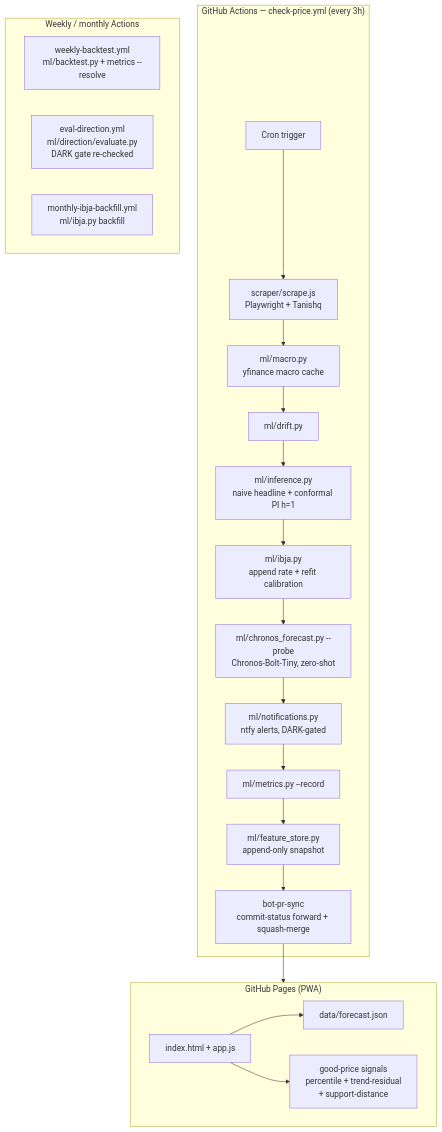
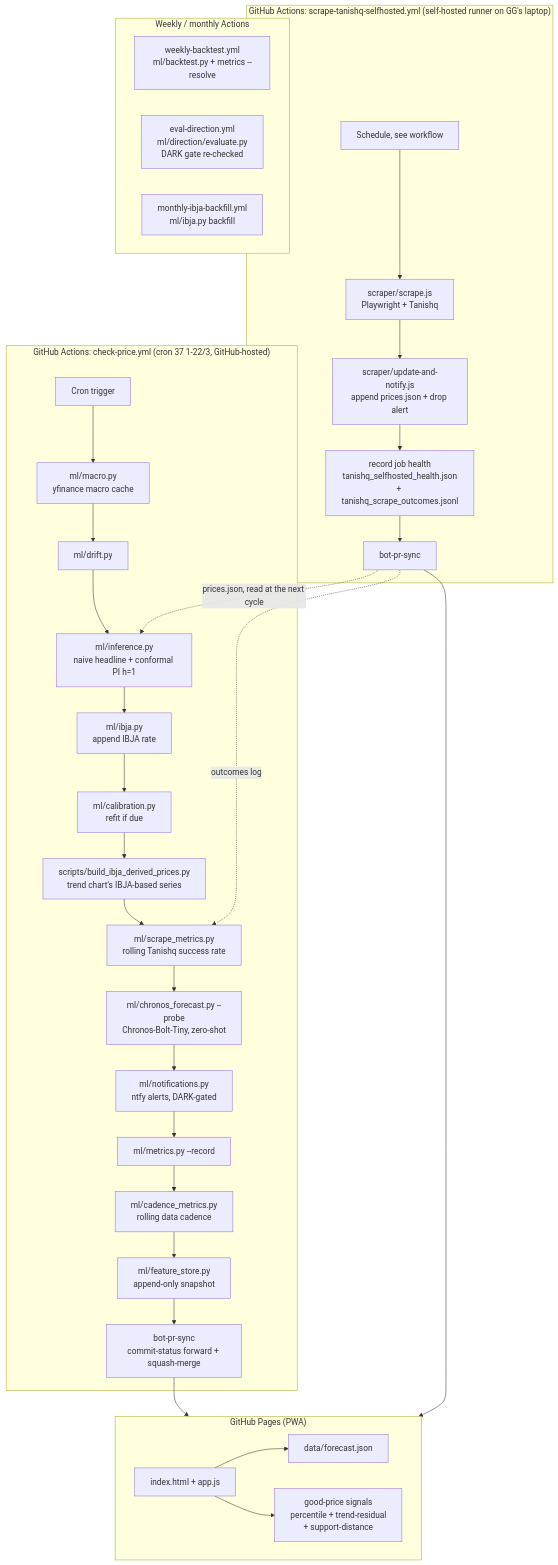
The diagram in docs/ARCHITECTURE.md (gaurav-gandhi-2411/gold-rate-tracker), drawn with Mermaid before and after one commit. The commit also changed other lines of this file and 4 other files, not shown here.

First line of the commit message:
docs: fix architecture drift, archive the retired spec, flag CURRENT_STATE as historical

````diff
--- a/docs/ARCHITECTURE.md
+++ b/docs/ARCHITECTURE.md
@@ -7,28 +10,42 @@
 ```mermaid
 graph TD
-    subgraph ci["GitHub Actions — check-price.yml (every 3h)"]
-        GH[Cron trigger] --> SCR[scraper/scrape.js\nPlaywright + Tanishq]
-        SCR --> MAC[ml/macro.py\nyfinance macro cache]
+    subgraph ci["GitHub Actions: check-price.yml (cron 37 1-22/3, GitHub-hosted)"]
+        GH[Cron trigger] --> MAC[ml/macro.py\nyfinance macro cache]
         MAC --> DRIFT[ml/drift.py]
         DRIFT --> INF[ml/inference.py\nnaive headline + conformal PI h=1]
-        INF --> IBJA[ml/ibja.py\nappend rate + refit calibration]
-        IBJA --> PROBE[ml/chronos_forecast.py --probe\nChronos-Bolt-Tiny, zero-shot]
+        INF --> IBJA[ml/ibja.py\nappend IBJA rate]
+        IBJA --> CAL[ml/calibration.py\nrefit if due]
+        CAL --> DER[scripts/build_ibja_derived_prices.py\ntrend chart's IBJA-based series]
+        DER --> SM[ml/scrape_metrics.py\nrolling Tanishq success rate]
+        SM --> PROBE[ml/chronos_forecast.py --probe\nChronos-Bolt-Tiny, zero-shot]
         PROBE --> NOTIF[ml/notifications.py\nntfy alerts, DARK-gated]
         NOTIF --> MET[ml/metrics.py --record]
-        MET --> FS[ml/feature_store.py\nappend-only snapshot]
+        MET --> CAD[ml/cadence_metrics.py\nrolling data cadence]
+        CAD --> FS[ml/feature_store.py\nappend-only snapshot]
         FS --> PUSH[bot-pr-sync\ncommit-status forward + squash-merge]
     end
+
+    subgraph selfhosted["GitHub Actions: scrape-tanishq-selfhosted.yml (self-hosted runner on GG's laptop)"]
+        SGH[Schedule, see workflow] --> SCR[scraper/scrape.js\nPlaywright + Tanishq]
+        SCR --> UPD[scraper/update-and-notify.js\nappend prices.json + drop alert]
+        UPD --> HEALTH[record job health\ntanishq_selfhosted_health.json\n+ tanishq_scrape_outcomes.jsonl]
+        HEALTH --> SPUSH[bot-pr-sync]
+    end
+
+    SPUSH -. "prices.json, read at the next cycle" .-> INF
+    SPUSH -. "outcomes log" .-> SM
 
     subgraph scheduled["Weekly / monthly Actions"]
         WB[weekly-backtest.yml\nml/backtest.py + metrics --resolve]
         ED[eval-direction.yml\nml/direction/evaluate.py\nDARK gate re-checked]
         MB[monthly-ibja-backfill.yml\nml/ibja.py backfill]
     end
 
     subgraph pwa["GitHub Pages (PWA)"]
         IDX[index.html + app.js] --> FCAST[data/forecast.json]
         IDX --> GP[good-price signals\npercentile + trend-residual\n+ support-distance]
     end
 
     PUSH --> pwa
+    SPUSH --> pwa
 ```
````
